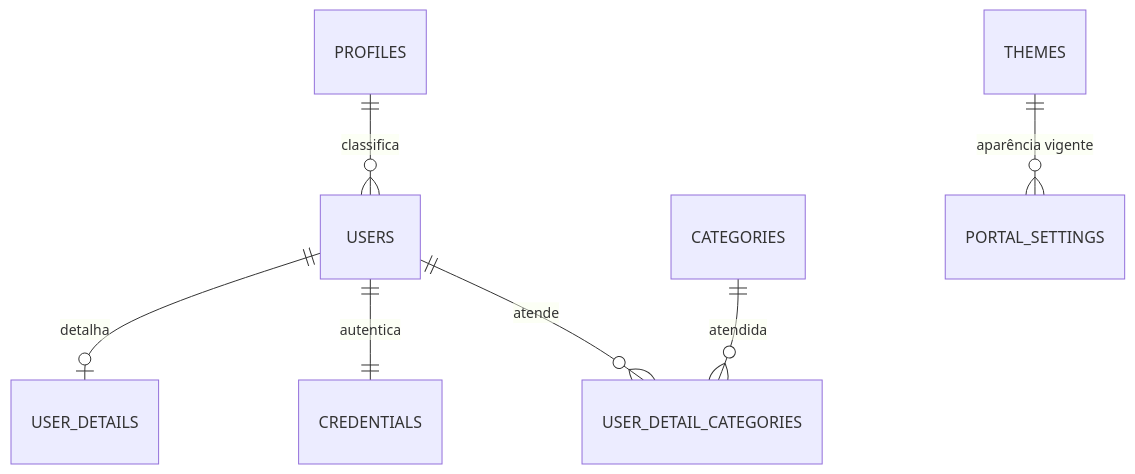
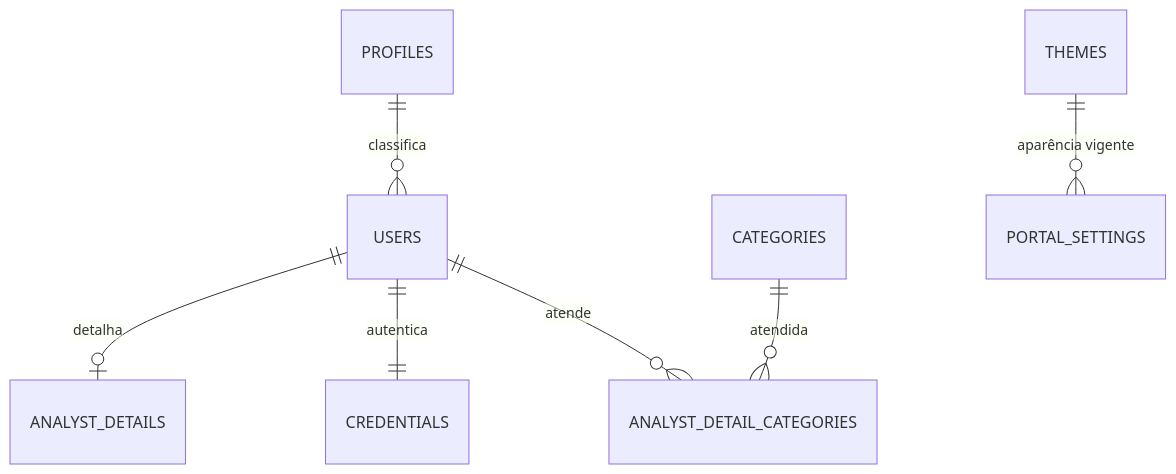
One commit to NEO-Kaizen/backend-novo changed the second of 3 diagrams in docs/03-Data-Model-Diagrams.md. Above: the diagram before and after it, drawn with Mermaid. The commit also changed 6 other files, not shown here.

````diff
--- a/docs/03-Data-Model-Diagrams.md
+++ b/docs/03-Data-Model-Diagrams.md
@@ -37,9 +37,9 @@
 ```mermaid
 erDiagram
     PROFILES ||--o{ USERS : "classifica"
-    USERS ||--o| USER_DETAILS : "detalha"
+    USERS ||--o| ANALYST_DETAILS : "detalha"
     USERS ||--|| CREDENTIALS : "autentica"
-    USERS ||--o{ USER_DETAIL_CATEGORIES : "atende"
-    CATEGORIES ||--o{ USER_DETAIL_CATEGORIES : "atendida"
+    USERS ||--o{ ANALYST_DETAIL_CATEGORIES : "atende"
+    CATEGORIES ||--o{ ANALYST_DETAIL_CATEGORIES : "atendida"
     THEMES ||--o{ PORTAL_SETTINGS : "aparência vigente"
 ```
````
